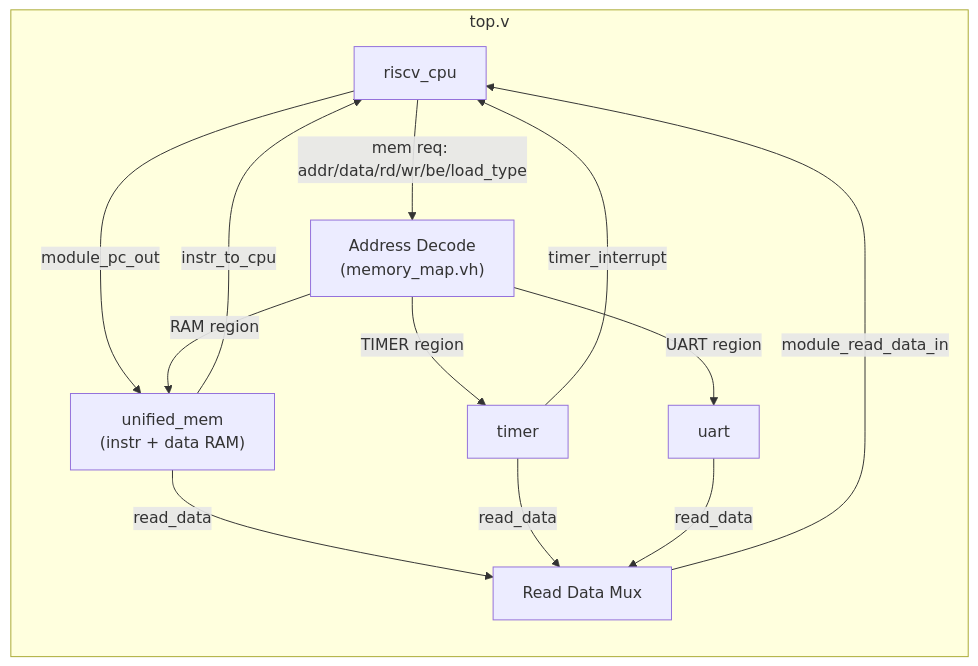
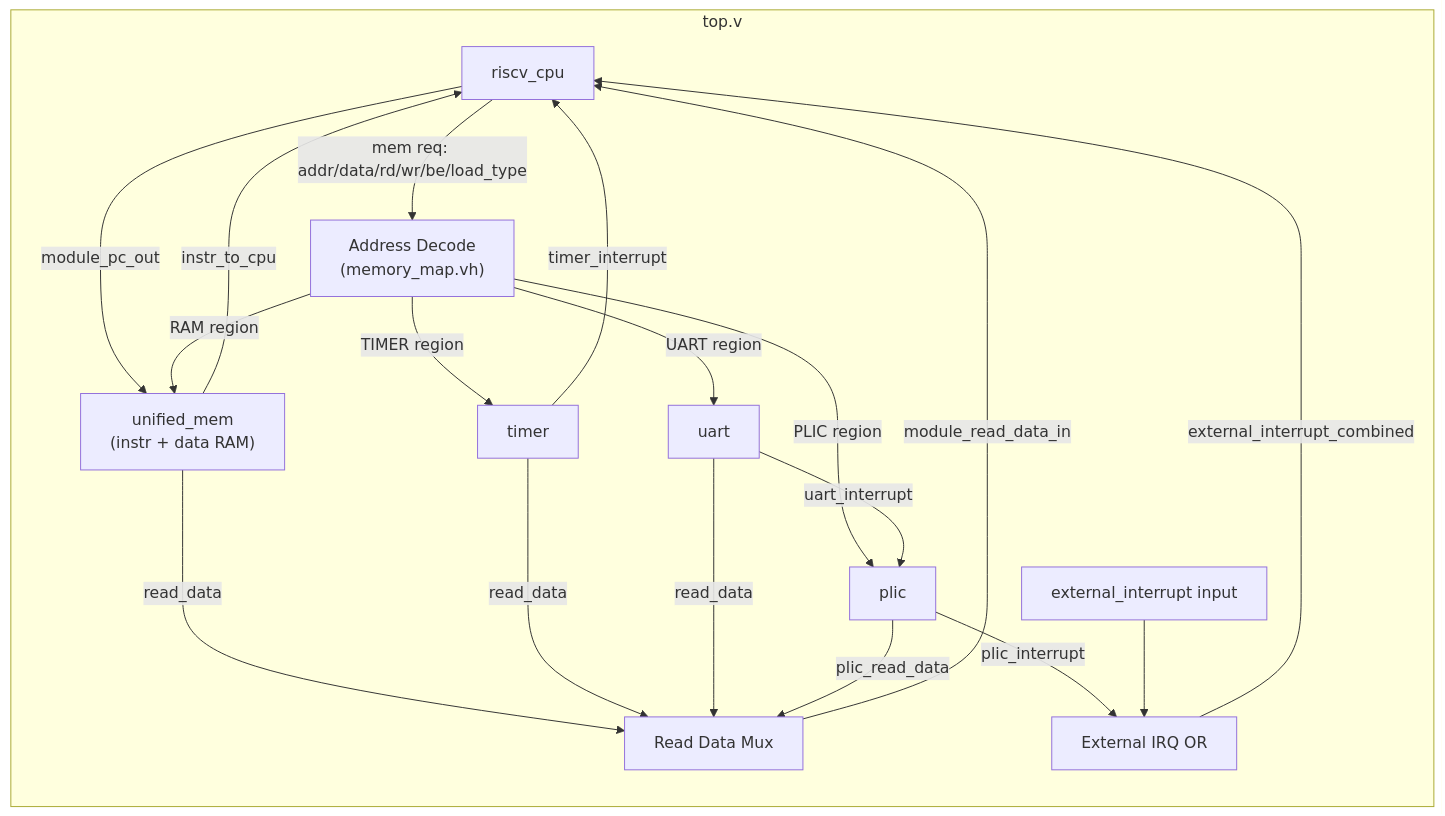
One commit to SRA-VJTI/synapse32 changed the first of 3 diagrams in docs/system_diagram.md. Above: the diagram before and after it, drawn with Mermaid. The commit also changed other lines of this file and 53 other files, not shown here.

````diff
--- a/docs/system_diagram.md
+++ b/docs/system_diagram.md
@@ -7,26 +7,35 @@
 ```mermaid
 flowchart LR
     subgraph TOP["top.v"]
         CPU["riscv_cpu"]
         DECODE["Address Decode\n(memory_map.vh)"]
         RMUX["Read Data Mux"]
         UMEM["unified_mem\n(instr + data RAM)"]
         TIMER["timer"]
         UART["uart"]
+        PLIC["plic"]
+        IRQ_OR["External IRQ OR"]
+        EXT_IRQ["external_interrupt input"]
     end
 
     CPU -- "module_pc_out" --> UMEM
     UMEM -- "instr_to_cpu" --> CPU
 
     CPU -- "mem req: addr/data/rd/wr/be/load_type" --> DECODE
     DECODE -- "RAM region" --> UMEM
     DECODE -- "TIMER region" --> TIMER
     DECODE -- "UART region" --> UART
+    DECODE -- "PLIC region" --> PLIC
 
     UMEM -- "read_data" --> RMUX
     TIMER -- "read_data" --> RMUX
     UART -- "read_data" --> RMUX
+    PLIC -- "plic_read_data" --> RMUX
     RMUX -- "module_read_data_in" --> CPU
 
     TIMER -- "timer_interrupt" --> CPU
+    UART -- "uart_interrupt" --> PLIC
+    PLIC -- "plic_interrupt" --> IRQ_OR
+    EXT_IRQ --> IRQ_OR
+    IRQ_OR -- "external_interrupt_combined" --> CPU
 ```
````
